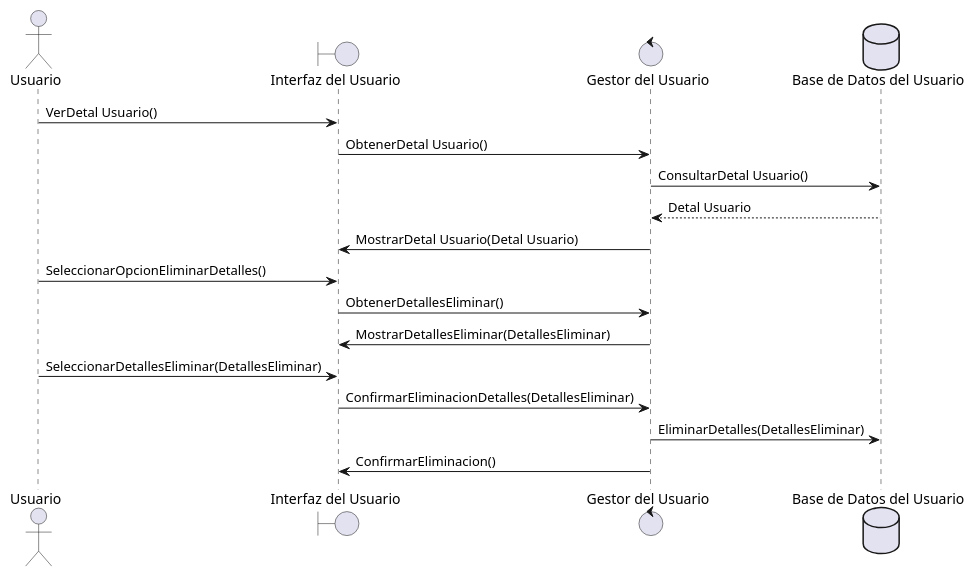
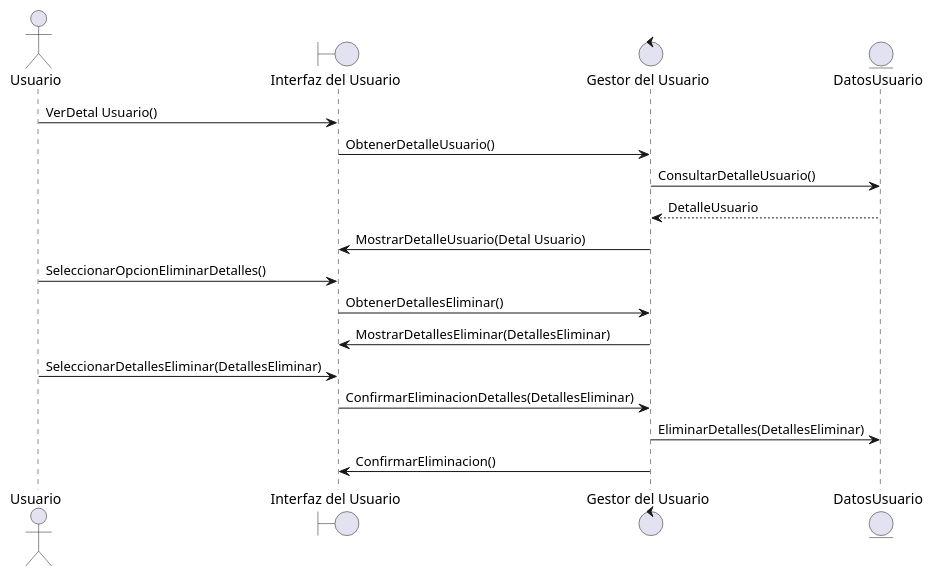
Before and after one commit to Ashwrai/Documentation_practice: the diagram in others/working-documents/sprint-4/umls/eliminar_datos.plantuml, drawn with PlantUML. The commit also changed 2 other files, not shown here.

```diff
--- a/others/working-documents/sprint-4/umls/eliminar_datos.plantuml
+++ b/others/working-documents/sprint-4/umls/eliminar_datos.plantuml
@@ -1,21 +1,21 @@
 @startuml
 actor Usuario
 
 boundary "Interfaz del Usuario"
 control "Gestor del Usuario"
-database "Base de Datos del Usuario"
+entity "DatosUsuario"
 
 Usuario -> "Interfaz del Usuario": VerDetal Usuario()
-"Interfaz del Usuario" -> "Gestor del Usuario": ObtenerDetal Usuario()
-"Gestor del Usuario" -> "Base de Datos del Usuario": ConsultarDetal Usuario()
-"Base de Datos del Usuario" --> "Gestor del Usuario": Detal Usuario
-"Gestor del Usuario" -> "Interfaz del Usuario": MostrarDetal Usuario(Detal Usuario)
+"Interfaz del Usuario" -> "Gestor del Usuario": ObtenerDetalleUsuario()
+"Gestor del Usuario" -> "DatosUsuario": ConsultarDetalleUsuario()
+"DatosUsuario" --> "Gestor del Usuario": DetalleUsuario
+"Gestor del Usuario" -> "Interfaz del Usuario": MostrarDetalleUsuario(Detal Usuario)
 Usuario -> "Interfaz del Usuario": SeleccionarOpcionEliminarDetalles()
 "Interfaz del Usuario" -> "Gestor del Usuario": ObtenerDetallesEliminar()
 "Gestor del Usuario" -> "Interfaz del Usuario": MostrarDetallesEliminar(DetallesEliminar)
 Usuario -> "Interfaz del Usuario": SeleccionarDetallesEliminar(DetallesEliminar)
 "Interfaz del Usuario" -> "Gestor del Usuario": ConfirmarEliminacionDetalles(DetallesEliminar)
-"Gestor del Usuario" -> "Base de Datos del Usuario": EliminarDetalles(DetallesEliminar)
+"Gestor del Usuario" -> "DatosUsuario": EliminarDetalles(DetallesEliminar)
 "Gestor del Usuario" -> "Interfaz del Usuario": ConfirmarEliminacion()
 
 @enduml
```
